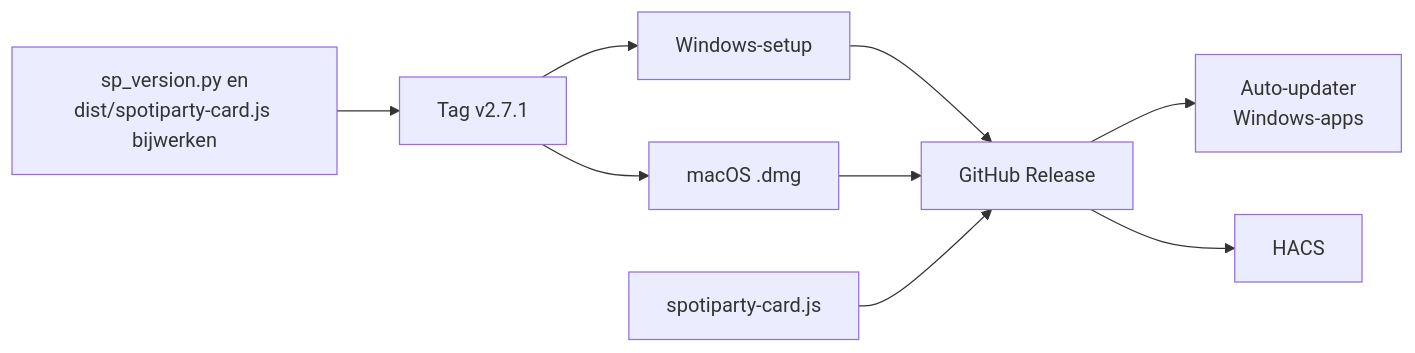
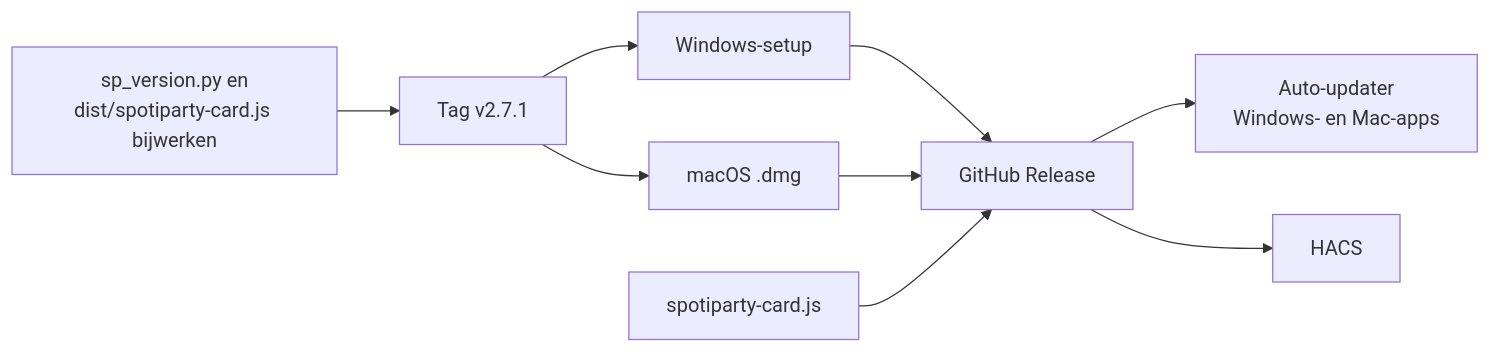
Before and after one commit to CodeAura/SpotiParty: the diagram in docs/ontwikkelaars/release-maken.md, drawn with Mermaid. The commit also changed other lines of this file and 5 other files, not shown here.

First line of the commit message:
Mac app updates itself, like the Windows app

````diff
--- a/docs/ontwikkelaars/release-maken.md
+++ b/docs/ontwikkelaars/release-maken.md
@@ -85,11 +99,11 @@
 ```mermaid
 flowchart LR
     V[sp_version.py en<br/>dist/spotiparty-card.js bijwerken] --> T[Tag v2.7.1]
     T --> W[Windows-setup]
     T --> M[macOS .dmg]
     W --> R[GitHub Release]
     M --> R
     C[spotiparty-card.js] --> R
-    R --> U[Auto-updater<br/>Windows-apps]
+    R --> U[Auto-updater<br/>Windows- en Mac-apps]
     R --> H[HACS]
 ```
````
